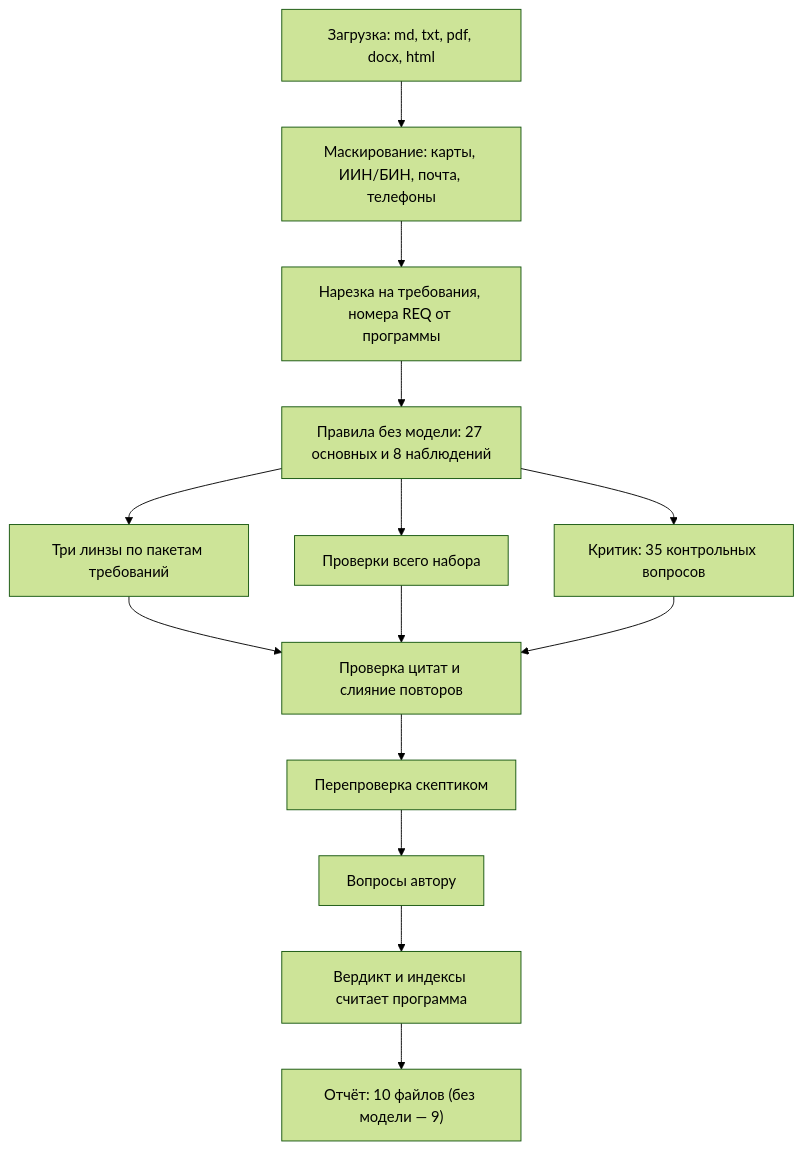
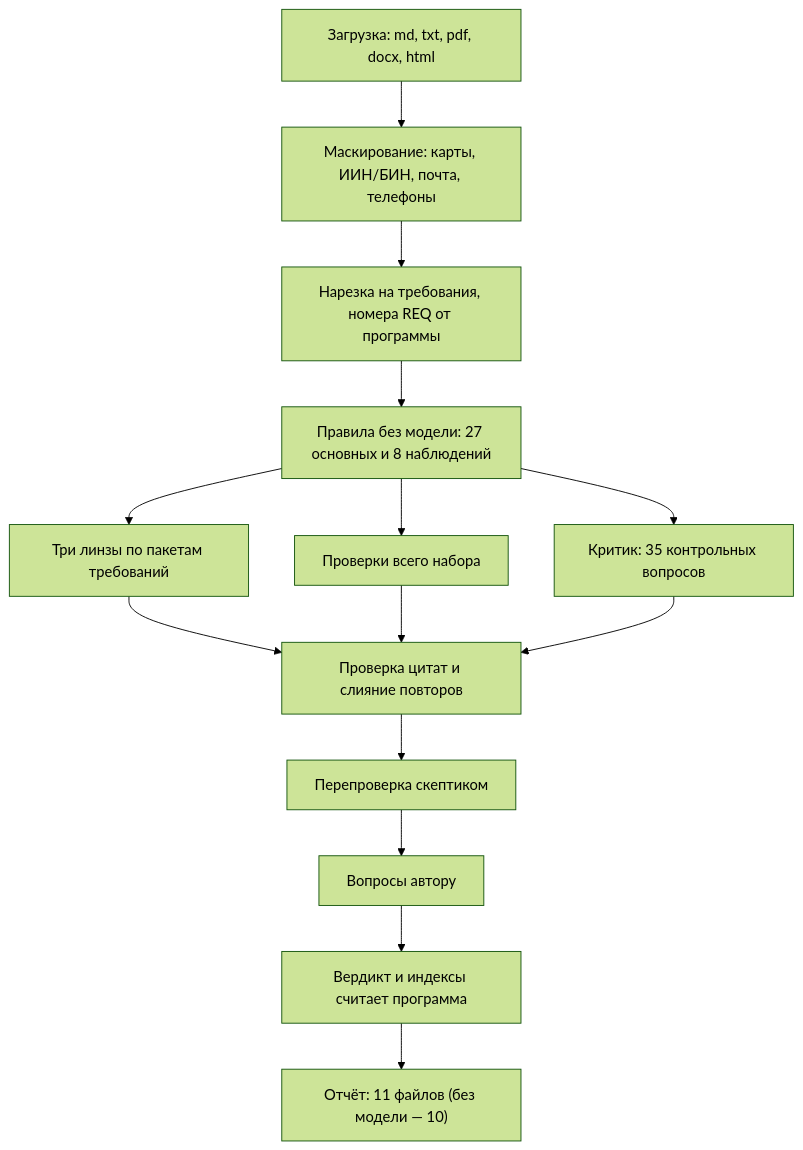
The diagram in README.md (Artmaster5/revizor-tz), drawn with Mermaid (forest theme) before and after one commit. The commit also changed other lines of this file and 88 other files, not shown here.

````diff
--- a/README.md
+++ b/README.md
@@ -161,16 +162,16 @@
 ```mermaid
 flowchart TD
     A["Загрузка: md, txt, pdf, docx, html"] --> B["Маскирование: карты, ИИН/БИН, почта, телефоны"]
     B --> C["Нарезка на требования, номера REQ от программы"]
     C --> D["Правила без модели: 27 основных и 8 наблюдений"]
     D --> E["Три линзы по пакетам требований"]
     D --> F["Проверки всего набора"]
     D --> G["Критик: 35 контрольных вопросов"]
     E --> H["Проверка цитат и слияние повторов"]
     F --> H
     G --> H
     H --> I["Перепроверка скептиком"]
     I --> J["Вопросы автору"]
     J --> K["Вердикт и индексы считает программа"]
-    K --> L["Отчёт: 10 файлов (без модели — 9)"]
+    K --> L["Отчёт: 11 файлов (без модели — 10)"]
 ```
````
